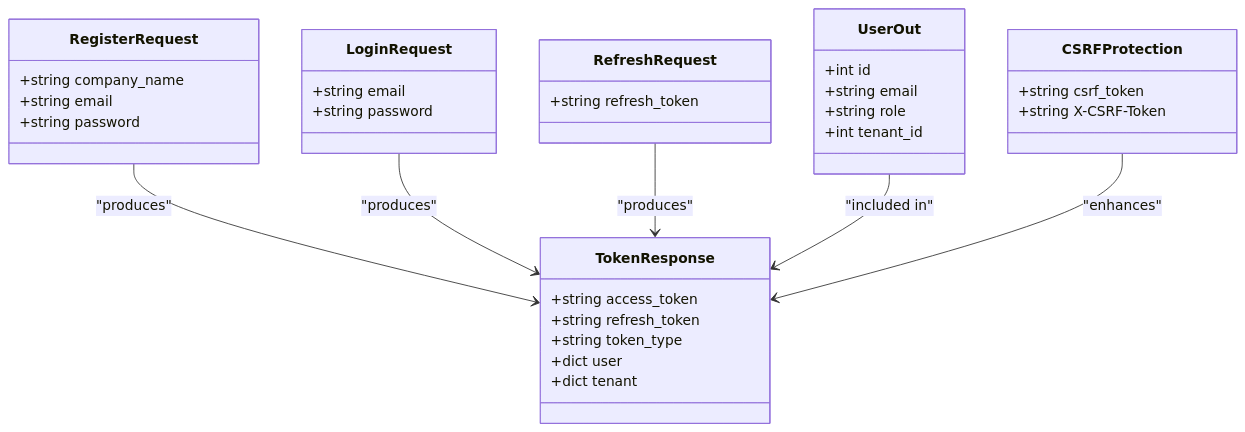
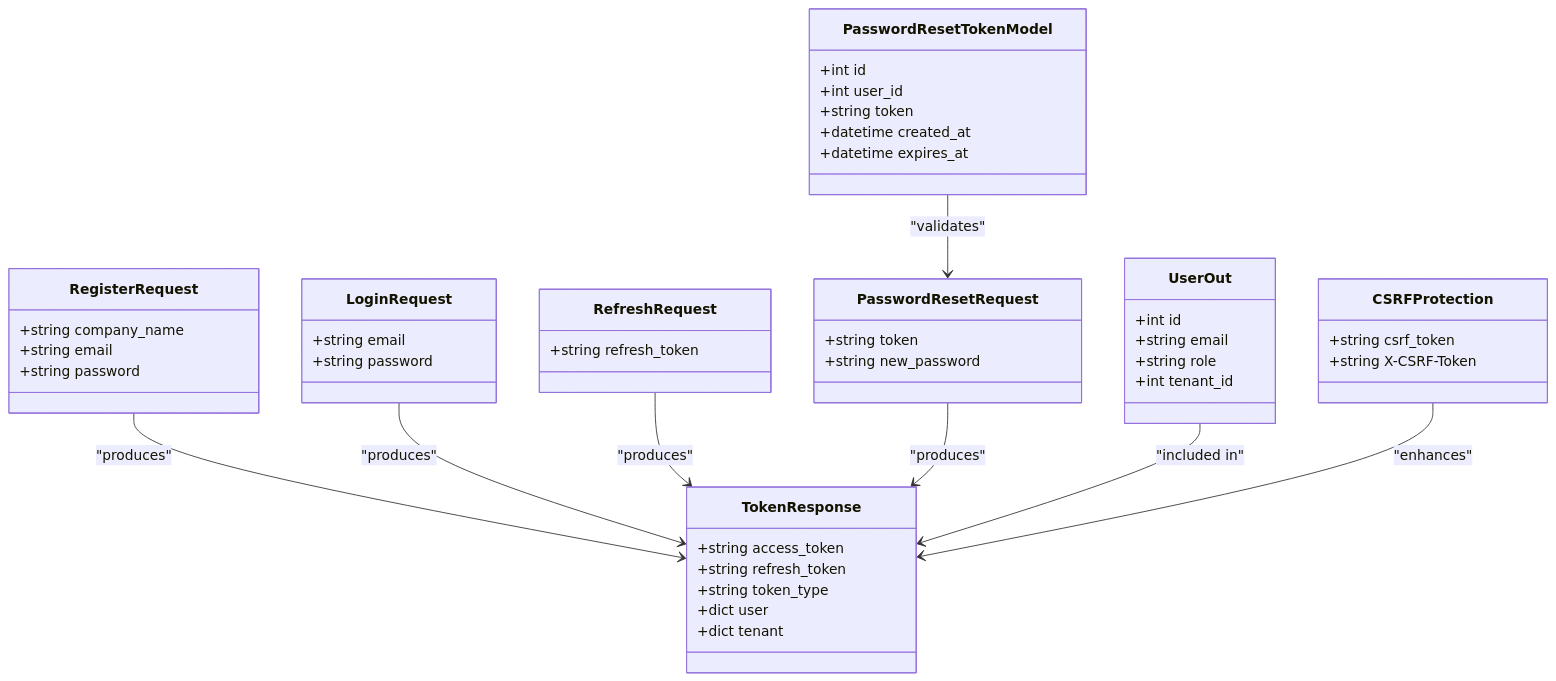
Before and after one commit to Revanththetalogics/aireume: the fourth of 4 diagrams in .qoder/repowiki/en/content/API Reference/Authentication Endpoints.md, drawn with Mermaid. The commit also changed other lines of this file and 15 other files, not shown here.

````diff
--- a/.qoder/repowiki/en/content/API Reference/Authentication Endpoints.md
+++ b/.qoder/repowiki/en/content/API Reference/Authentication Endpoints.md
@@ -623,37 +836,50 @@
 ```mermaid
 classDiagram
 class RegisterRequest {
 +string company_name
 +string email
 +string password
 }
 class LoginRequest {
 +string email
 +string password
 }
 class RefreshRequest {
 +string refresh_token
+}
+class PasswordResetRequest {
++string token
++string new_password
 }
 class TokenResponse {
 +string access_token
 +string refresh_token
 +string token_type
 +dict user
 +dict tenant
 }
 class UserOut {
 +int id
 +string email
 +string role
 +int tenant_id
 }
 class CSRFProtection {
 +string csrf_token
 +string X-CSRF-Token
 }
+class PasswordResetTokenModel {
++int id
++int user_id
++string token
++datetime created_at
++datetime expires_at
+}
 RegisterRequest --> TokenResponse : "produces"
 LoginRequest --> TokenResponse : "produces"
 RefreshRequest --> TokenResponse : "produces"
+PasswordResetRequest --> TokenResponse : "produces"
 UserOut --> TokenResponse : "included in"
 CSRFProtection --> TokenResponse : "enhances"
+PasswordResetTokenModel --> PasswordResetRequest : "validates"
 ```
````
